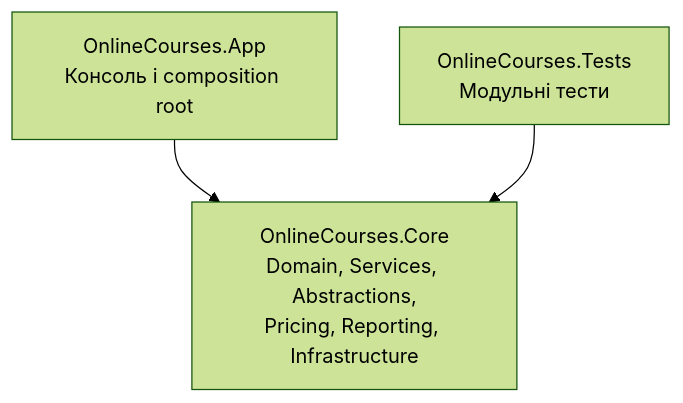
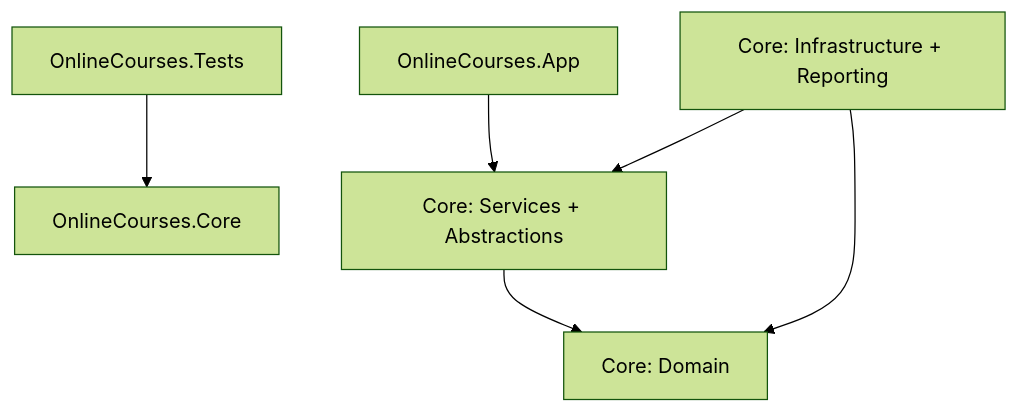
The diagram in docs/architecture.md (inkonzottn/KPZ), drawn with Mermaid (forest theme) before and after one commit. The commit also changed other lines of this file, not shown here.

Commit message:
docs(architecture): align layer guide with console adapter

````diff
--- a/docs/architecture.md
+++ b/docs/architecture.md
@@ -27,8 +20,14 @@
 ```mermaid
 flowchart TB
-    App["OnlineCourses.App<br/>Консоль і composition root"]
-    Core["OnlineCourses.Core<br/>Domain, Services, Abstractions,<br/>Pricing, Reporting, Infrastructure"]
-    Tests["OnlineCourses.Tests<br/>Модульні тести"]
-    App --> Core
+    App["OnlineCourses.App"]
+    Core["OnlineCourses.Core"]
+    Domain["Core: Domain"]
+    Application["Core: Services + Abstractions"]
+    Infrastructure["Core: Infrastructure + Reporting"]
+    Tests["OnlineCourses.Tests"]
+    App --> Application
+    Application --> Domain
+    Infrastructure --> Application
+    Infrastructure --> Domain
     Tests --> Core
 ```
````
